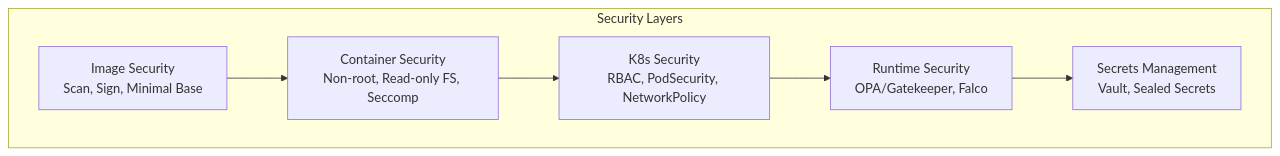
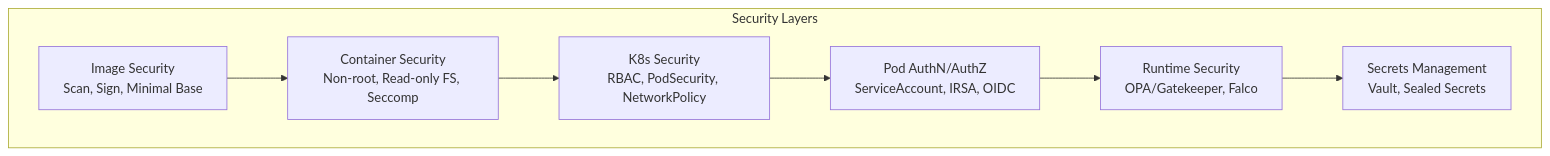
One commit to walterfan/devops-cookbook changed the first of 2 diagrams in doc/source/zh/chapters/ch28_security_best_practices.md. Above: the diagram before and after it, drawn with Mermaid. The commit also changed other lines of this file and 33 other files, not shown here.

````diff
--- a/doc/source/zh/chapters/ch28_security_best_practices.md
+++ b/doc/source/zh/chapters/ch28_security_best_practices.md
@@ -3,11 +3,12 @@
 ```{mermaid}
 flowchart TB
     subgraph "Security Layers"
         L1[Image Security<br/>Scan, Sign, Minimal Base]
         L2[Container Security<br/>Non-root, Read-only FS, Seccomp]
         L3[K8s Security<br/>RBAC, PodSecurity, NetworkPolicy]
-        L4[Runtime Security<br/>OPA/Gatekeeper, Falco]
-        L5[Secrets Management<br/>Vault, Sealed Secrets]
+        L4[Pod AuthN/AuthZ<br/>ServiceAccount, IRSA, OIDC]
+        L5[Runtime Security<br/>OPA/Gatekeeper, Falco]
+        L6[Secrets Management<br/>Vault, Sealed Secrets]
     end
-    L1 --> L2 --> L3 --> L4 --> L5
+    L1 --> L2 --> L3 --> L4 --> L5 --> L6
 ```
````
